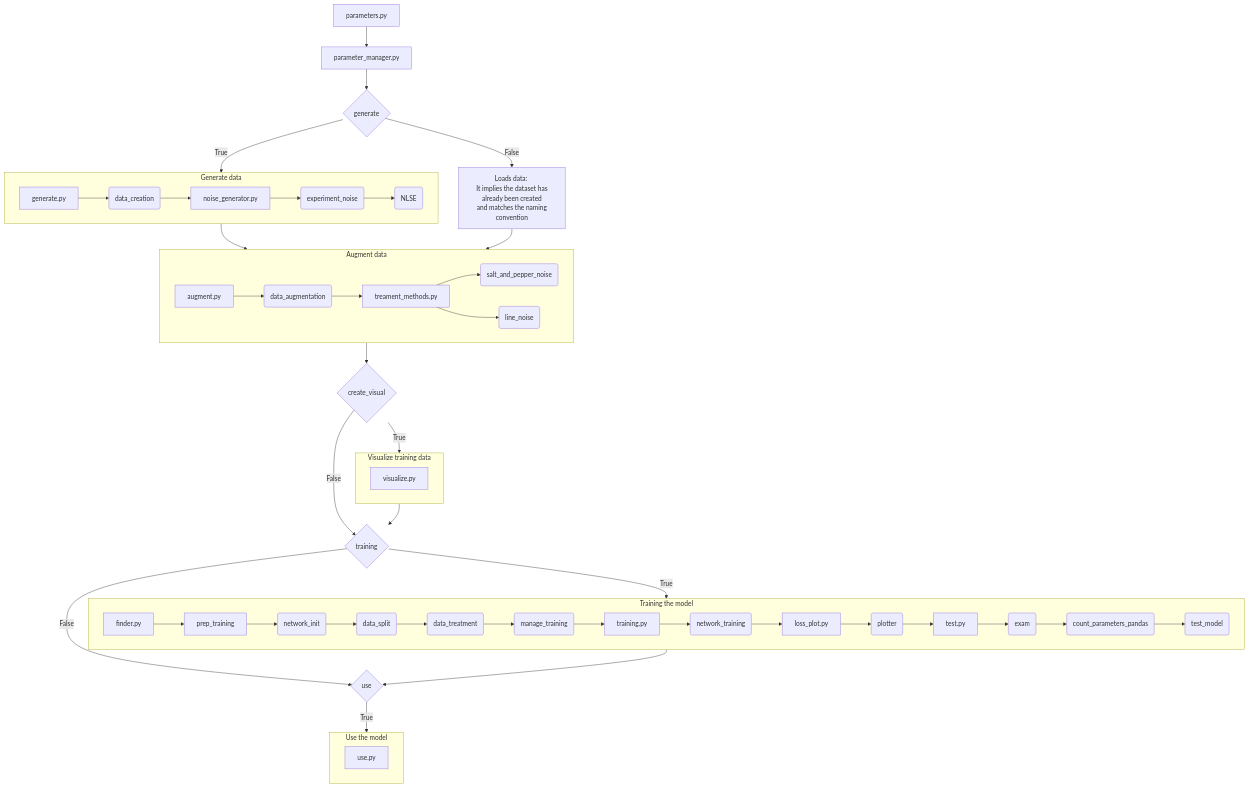
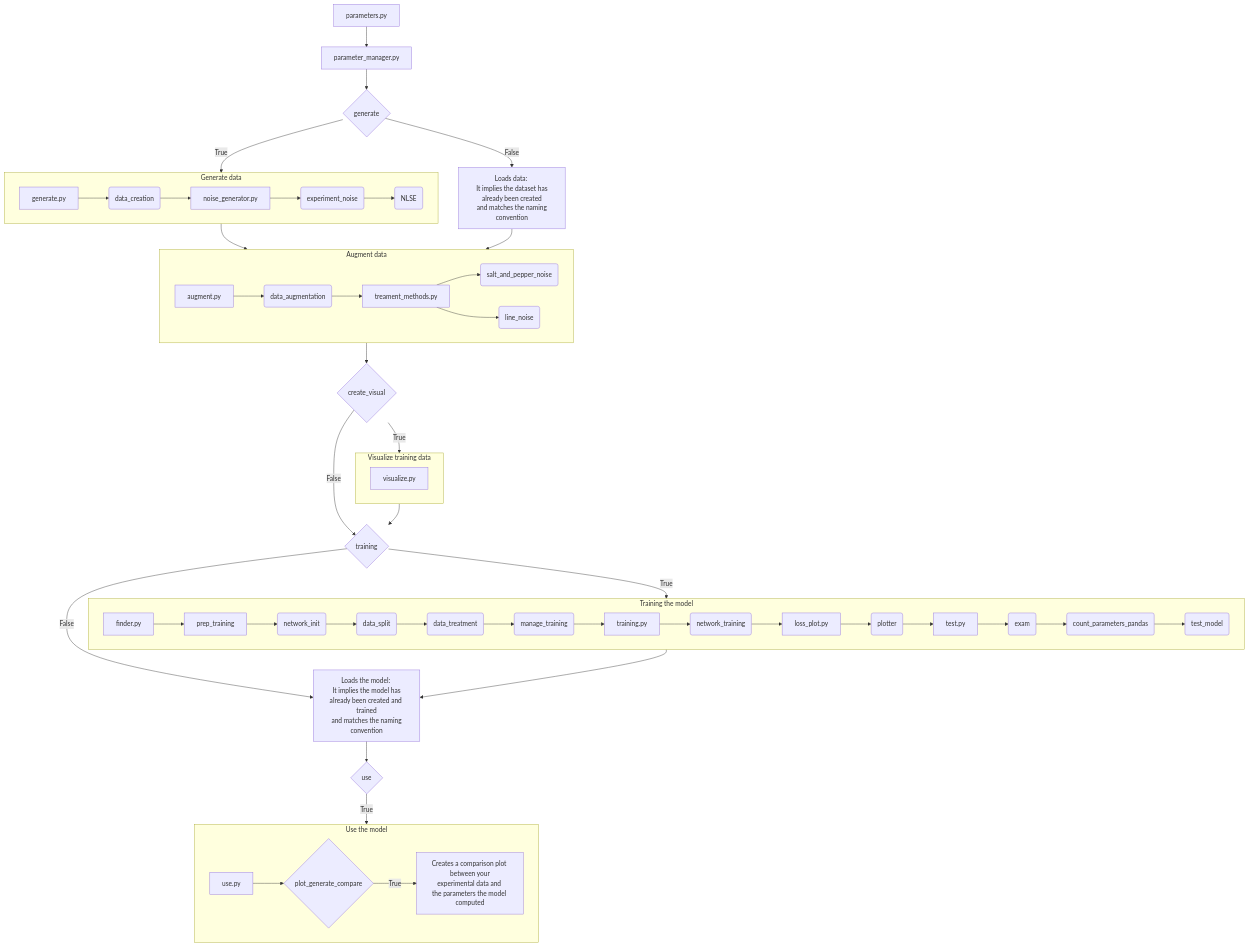
Before and after one commit to Quantum-Optics-LKB/xp2nlse-ml: the fourth of 4 diagrams in README.md, drawn with Mermaid.

Commit message:
plot generate compare readme

````diff
--- a/README.md
+++ b/README.md
@@ -390,59 +390,63 @@
 ```mermaid
 graph TD
     A[parameters.py] --> B[parameter_manager.py]
     B --> C{generate}
     C --> |True| sub1
     C --> |False| D[Loads data: \n It implies the dataset has already been created\n and matches the naming convention]
     sub1 --> sub2
     D --> sub2
     sub2 --> G{create_visual}
     G --> |True| sub5
     G --> |False| E{training}
     sub5 --> E{training}
     E --> |True| sub3
-    E --> |False| F{use}
+    E --> |False| K[Loads the model: \n It implies the model has already been created and trained\n and matches the naming convention]
+    K --> F{use}
     F --> |True| sub4
-    sub3 --> F
+    sub3 --> K
 
     
     subgraph sub1[Generate data]
         C1[generate.py] --> C2(data_creation)
         C2 --> C3[noise_generator.py]
         C3 --> C4(experiment_noise)
         C4 --> C5(NLSE)
         
     end
     subgraph sub2[Augment data]
         F1[augment.py] --> F2(data_augmentation)  
         F2 --> F3[treament_methods.py]
         F3 --> F4(salt_and_pepper_noise)
         F3 --> F5(line_noise)
 
     end
     
     subgraph sub3[Training the model]
         D1[finder.py]
         D1 --> D2[prep_training]
         D2 --> D3(network_init)
         D3 --> D4(data_split)
         D4 --> D5(data_treatment)
         D5 --> D6(manage_training)
         D6 --> D7[training.py] 
         D7 --> D8(network_training)
         D8 --> D9[loss_plot.py]
         D9 --> D10(plotter)
         D10 --> D11[test.py]
         D11 --> D12(exam)
         D12 --> D13(count_parameters_pandas)
         D13 --> D14(test_model)
 
     end
 
     subgraph sub4[Use the model]
         E1[use.py]
+        E1 --> E2{plot_generate_compare}
+        E2 --> |True| E3[Creates a comparison plot \n between your experimental data and \nthe parameters the model computed]
+
     end
 
     subgraph sub5[Visualize training data]
         G1[visualize.py]
     end
 ```
````
